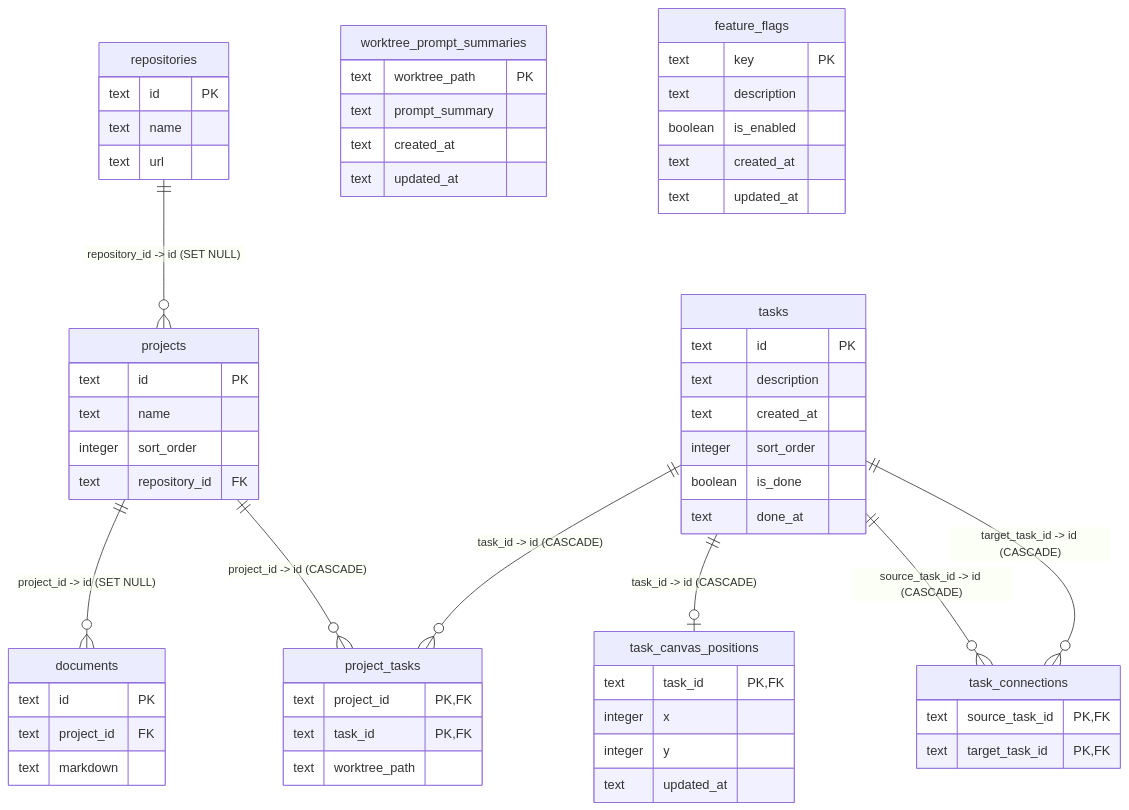
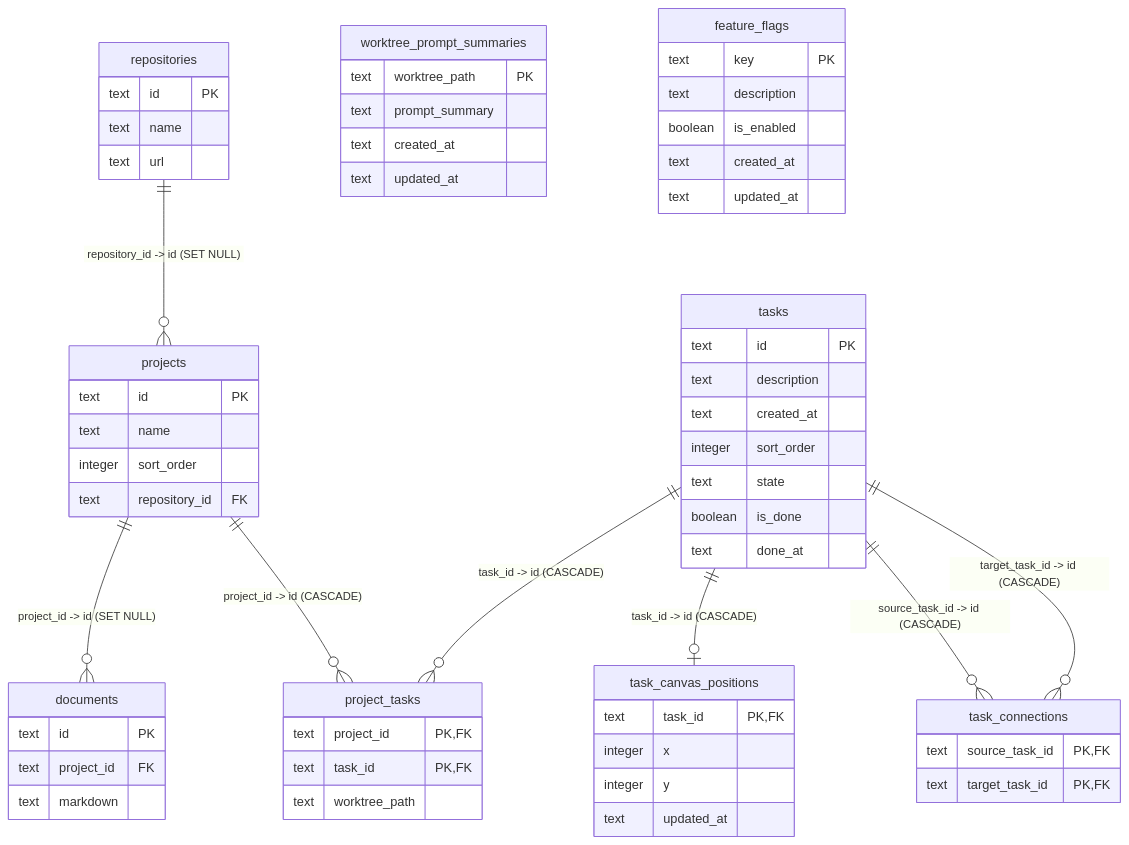
The diagram in src/backend/db/local/README.md (TurtleStoffel/tektite-console), drawn with Mermaid before and after one commit. The commit also changed other lines of this file and 13 other files, not shown here.

````diff
--- a/src/backend/db/local/README.md
+++ b/src/backend/db/local/README.md
@@ -7,71 +7,72 @@
 ```mermaid
 erDiagram
     repositories ||--o{ projects : "repository_id -> id (SET NULL)"
     projects ||--o{ documents : "project_id -> id (SET NULL)"
     projects ||--o{ project_tasks : "project_id -> id (CASCADE)"
     tasks ||--o{ project_tasks : "task_id -> id (CASCADE)"
     tasks ||--o| task_canvas_positions : "task_id -> id (CASCADE)"
     tasks ||--o{ task_connections : "source_task_id -> id (CASCADE)"
     tasks ||--o{ task_connections : "target_task_id -> id (CASCADE)"
 
     repositories {
         text id PK
         text name
         text url
     }
 
     projects {
         text id PK
         text name
         integer sort_order
         text repository_id FK
     }
 
     documents {
         text id PK
         text project_id FK
         text markdown
     }
 
     tasks {
         text id PK
         text description
         text created_at
         integer sort_order
+        text state
         boolean is_done
         text done_at
     }
 
     task_canvas_positions {
         text task_id PK, FK
         integer x
         integer y
         text updated_at
     }
 
     task_connections {
         text source_task_id PK, FK
         text target_task_id PK, FK
     }
 
     project_tasks {
         text project_id PK, FK
         text task_id PK, FK
         text worktree_path
     }
 
     worktree_prompt_summaries {
         text worktree_path PK
         text prompt_summary
         text created_at
         text updated_at
     }
 
     feature_flags {
         text key PK
         text description
         boolean is_enabled
         text created_at
         text updated_at
     }
 ```
````
